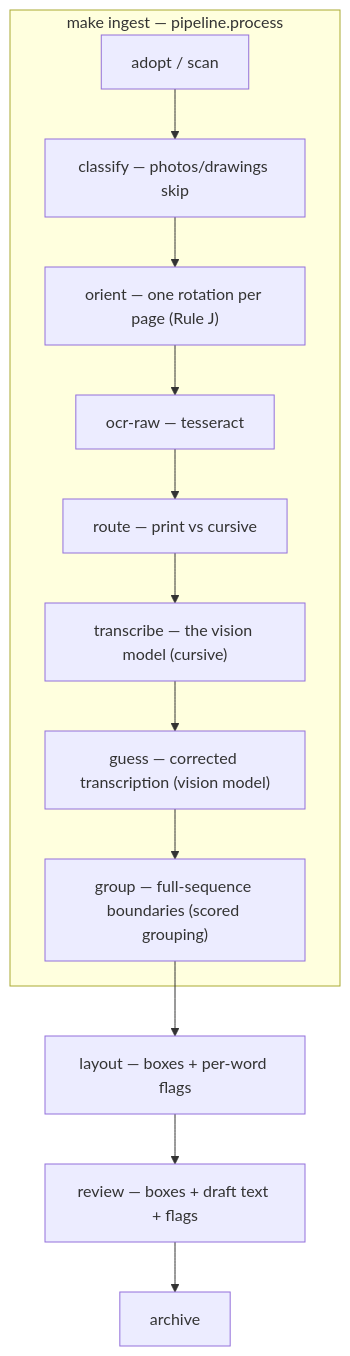
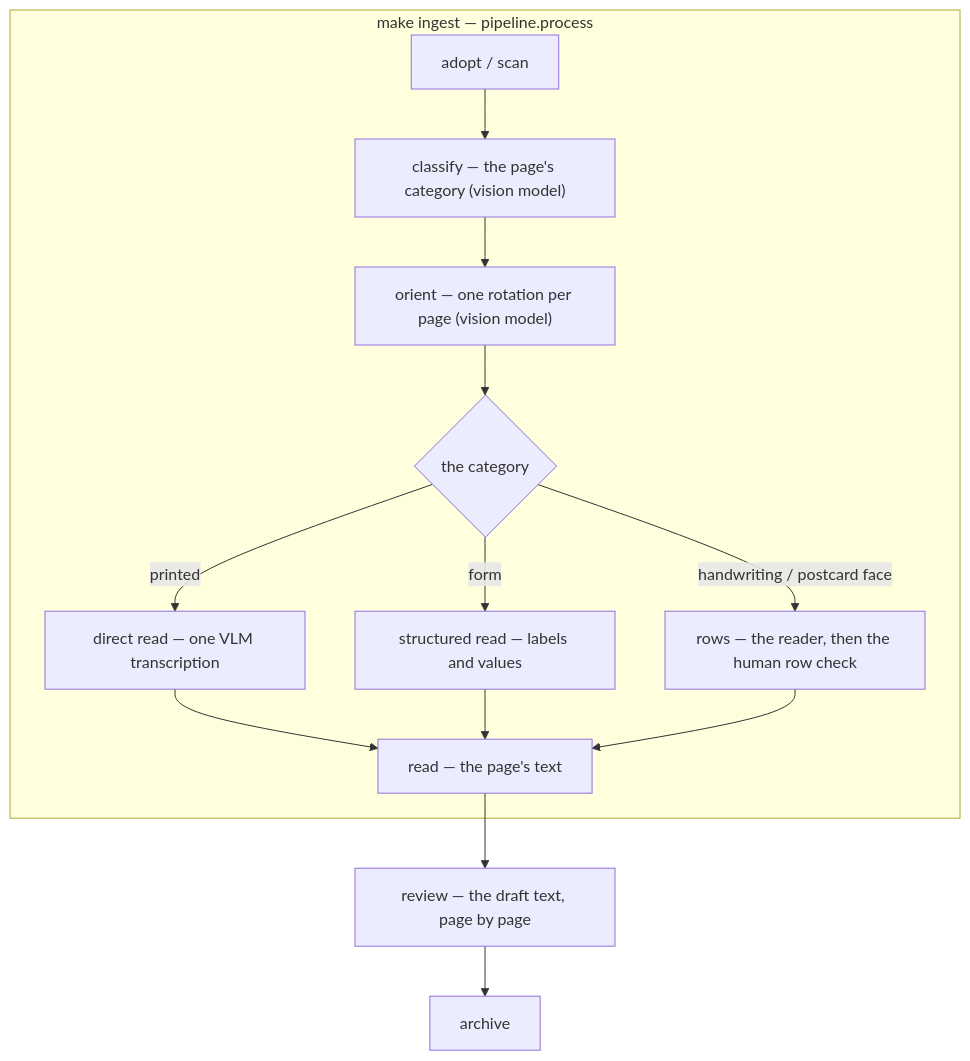
One commit to ashbywinch/the-loft changed the diagram in docs/TECHSPEC.md. Above: the diagram before and after it, drawn with Mermaid. The commit also changed other lines of this file and 28 other files, not shown here.

````diff
--- a/docs/TECHSPEC.md
+++ b/docs/TECHSPEC.md
@@ -674,15 +655,16 @@
 ```mermaid
 flowchart TB
     subgraph ingest["make ingest — pipeline.process"]
-        A["adopt / scan"] --> B["classify — photos/drawings skip"]
-        B --> C["orient — one rotation per page (Rule J)"]
-        C --> D["ocr-raw — tesseract"]
-        D --> E["route — print vs cursive"]
-        E --> F["transcribe — the vision model (cursive)"]
-        F --> G["guess — corrected transcription (vision model)"]
-        G --> H["group — full-sequence boundaries (scored grouping)"]
+        A["adopt / scan"] --> B["classify — the page's category (vision model)"]
+        B --> C["orient — one rotation per page (vision model)"]
+        C --> D{"the category"}
+        D -->|printed| E["direct read — one VLM transcription"]
+        D -->|form| F["structured read — labels and values"]
+        D -->|handwriting / postcard face| G["rows — the reader, then the human row check"]
+        E --> H["read — the page's text"]
+        F --> H
+        G --> H
     end
-    H --> L["layout — boxes + per-word flags"]
-    L --> R["review — boxes + draft text + flags"]
+    H --> R["review — the draft text, page by page"]
     R --> P["archive"]
 ```
````
